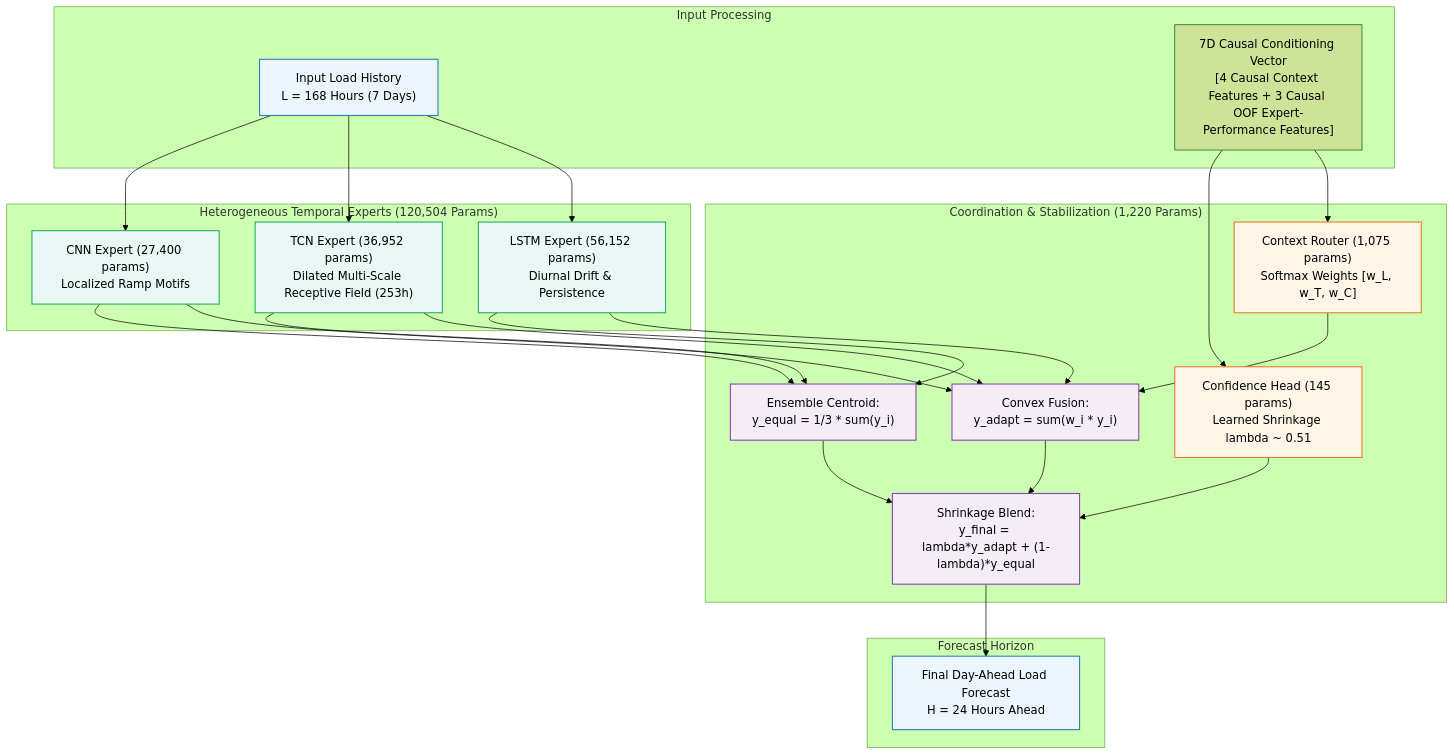
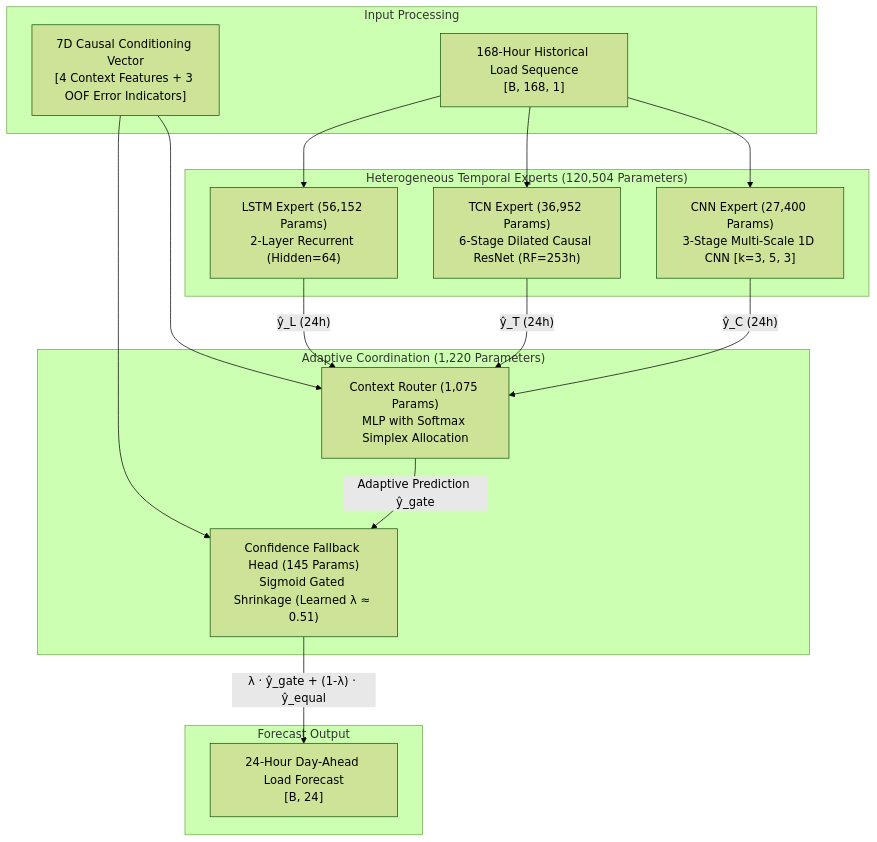
One commit to vinay-0208/CAEGNET changed the diagram in README.md. Above: the diagram before and after it, drawn with Mermaid (forest theme). The commit also changed other lines of this file and 5 other files, not shown here.

````diff
--- a/README.md
+++ b/README.md
@@ -69,53 +31,36 @@
 ```mermaid
 graph TD
     subgraph Inputs ["Input Processing"]
-        X["Input Load History<br/>L = 168 Hours (7 Days)"]
-        Ctx["7D Causal Conditioning Vector<br/>[4 Causal Context Features + 3 Causal OOF Expert-Performance Features]"]
+        X["168-Hour Historical Load Sequence<br/>[B, 168, 1]"]
+        Ctx["7D Causal Conditioning Vector<br/>[4 Context Features + 3 OOF Error Indicators]"]
     end
 
-    subgraph Experts ["Heterogeneous Temporal Experts (120,504 Params)"]
-        LSTM["LSTM Expert (56,152 params)<br/>Diurnal Drift & Persistence"]
-        TCN["TCN Expert (36,952 params)<br/>Dilated Multi-Scale Receptive Field (253h)"]
-        CNN["CNN Expert (27,400 params)<br/>Localized Ramp Motifs"]
+    subgraph Experts ["Heterogeneous Temporal Experts (120,504 Parameters)"]
+        LSTM["LSTM Expert (56,152 Params)<br/>2-Layer Recurrent (Hidden=64)"]
+        TCN["TCN Expert (36,952 Params)<br/>6-Stage Dilated Causal ResNet (RF=253h)"]
+        CNN["CNN Expert (27,400 Params)<br/>3-Stage Multi-Scale 1D CNN [k=3, 5, 3]"]
     end
 
-    subgraph Gating ["Coordination & Stabilization (1,220 Params)"]
-        Router["Context Router (1,075 params)<br/>Softmax Weights [w_L, w_T, w_C]"]
-        AdaptiveComb["Convex Fusion:<br/>y_adapt = sum(w_i * y_i)"]
-        Centroid["Ensemble Centroid:<br/>y_equal = 1/3 * sum(y_i)"]
-        ConfHead["Confidence Head (145 params)<br/>Learned Shrinkage lambda ~ 0.51"]
-        FinalComb["Shrinkage Blend:<br/>y_final = lambda*y_adapt + (1-lambda)*y_equal"]
+    subgraph Coordination ["Adaptive Coordination (1,220 Parameters)"]
+        Router["Context Router (1,075 Params)<br/>MLP with Softmax Simplex Allocation"]
+        Fallback["Confidence Fallback Head (145 Params)<br/>Sigmoid Gated Shrinkage (Learned λ ≈ 0.51)"]
     end
 
-    subgraph Output ["Forecast Horizon"]
-        Y["Final Day-Ahead Load Forecast<br/>H = 24 Hours Ahead"]
+    subgraph Output ["Forecast Output"]
+        Y["24-Hour Day-Ahead Load Forecast<br/>[B, 24]"]
     end
 
     X --> LSTM
     X --> TCN
     X --> CNN
+    
     Ctx --> Router
-    LSTM --> AdaptiveComb
-    TCN --> AdaptiveComb
-    CNN --> AdaptiveComb
-    Router --> AdaptiveComb
+    Ctx --> Fallback
 
-    LSTM --> Centroid
-    TCN --> Centroid
-    CNN --> Centroid
+    LSTM -->|"ŷ_L (24h)"| Router
+    TCN -->|"ŷ_T (24h)"| Router
+    CNN -->|"ŷ_C (24h)"| Router
 
-    AdaptiveComb --> FinalComb
-    Centroid --> FinalComb
-    Ctx --> ConfHead
-    ConfHead --> FinalComb
-    FinalComb --> Y
-
-    classDef blue fill:#EBF5FB,stroke:#2980B9,stroke-width:1.5px;
-    classDef green fill:#E8F8F5,stroke:#27AE60,stroke-width:1.5px;
-    classDef orange fill:#FEF5E7,stroke:#E67E22,stroke-width:1.5px;
-    classDef purple fill:#F4ECF7,stroke:#8E44AD,stroke-width:1.5px;
-    class X,Y blue;
-    class LSTM,TCN,CNN green;
-    class Router,ConfHead orange;
-    class AdaptiveComb,Centroid,FinalComb purple;
+    Router -->|"Adaptive Prediction ŷ_gate"| Fallback
+    Fallback -->|"λ · ŷ_gate + (1-λ) · ŷ_equal"| Y
 ```
````
